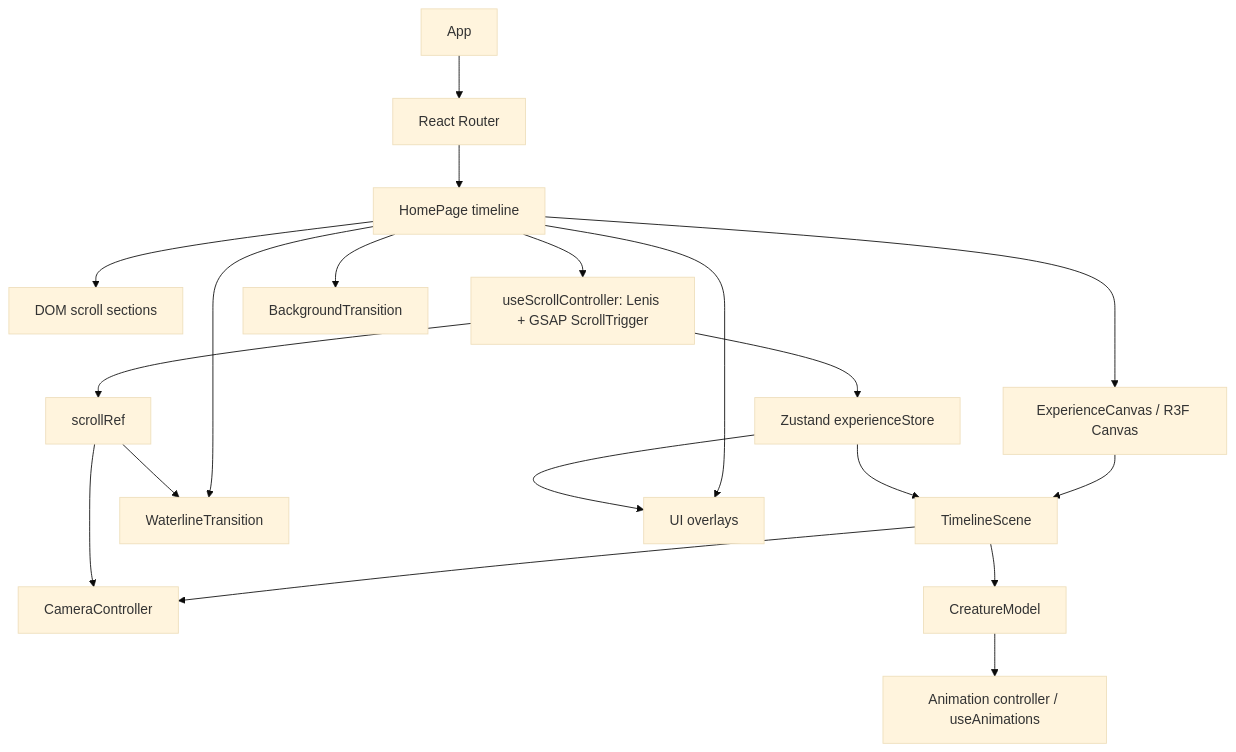
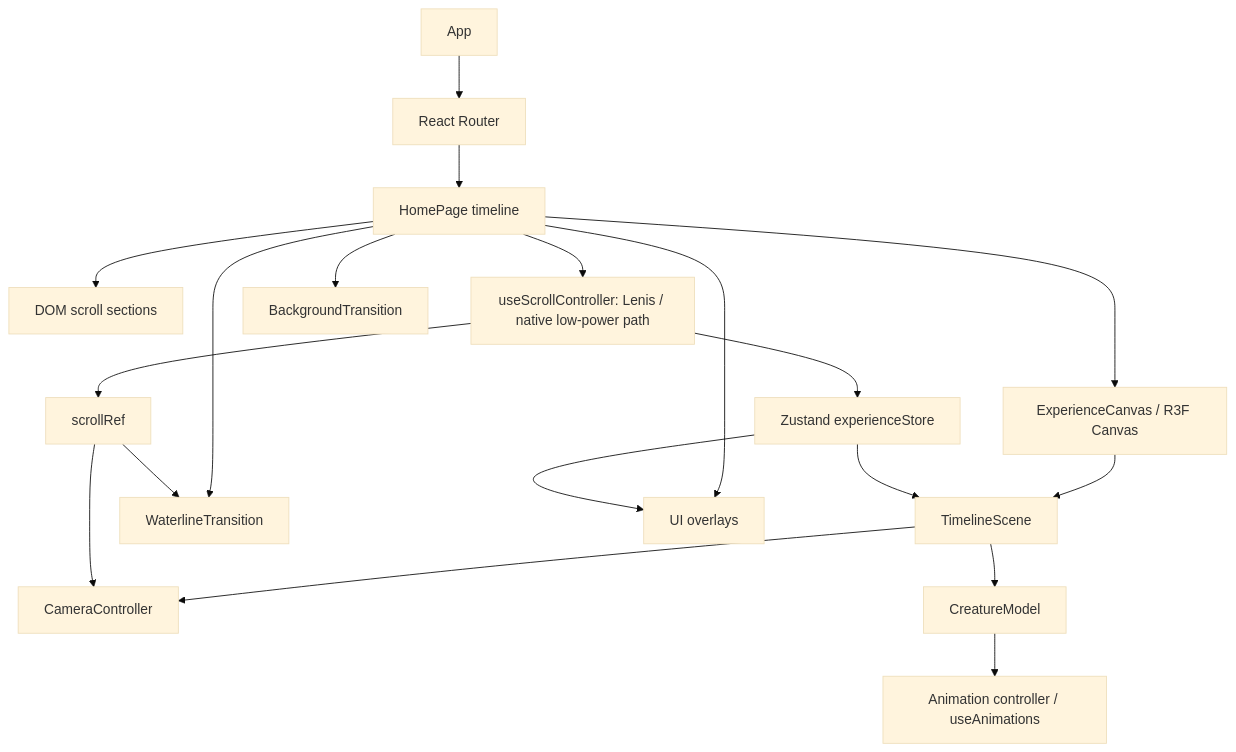
One commit to TobyAUT/mesozoica changed the diagram in docs/ARCHITECTURE.md. Above: the diagram before and after it, drawn with Mermaid (base theme). The commit also changed other lines of this file and 21 other files, not shown here.

Commit message:
Optimize performance and polish timeline UI

````diff
--- a/docs/ARCHITECTURE.md
+++ b/docs/ARCHITECTURE.md
@@ -5,36 +5,36 @@
 ```mermaid
 flowchart TD
   App["App"]
   Router["React Router"]
   TimelinePage["HomePage timeline"]
   DOMSections["DOM scroll sections"]
-  ScrollController["useScrollController: Lenis + GSAP ScrollTrigger"]
+  ScrollController["useScrollController: Lenis / native low-power path"]
   Store["Zustand experienceStore"]
   ScrollRef["scrollRef"]
   Canvas["ExperienceCanvas / R3F Canvas"]
   Scene["TimelineScene"]
   Camera["CameraController"]
   Creature["CreatureModel"]
   Animation["Animation controller / useAnimations"]
   Background["BackgroundTransition"]
   Water["WaterlineTransition"]
   UI["UI overlays"]
 
   App --> Router --> TimelinePage
   TimelinePage --> DOMSections
   TimelinePage --> ScrollController
   TimelinePage --> Background
   TimelinePage --> Canvas
   TimelinePage --> Water
   TimelinePage --> UI
   ScrollController --> ScrollRef
   ScrollController --> Store
   Canvas --> Scene
   Scene --> Camera
   Scene --> Creature
   Creature --> Animation
   Store --> UI
   Store --> Scene
   ScrollRef --> Camera
   ScrollRef --> Water
 ```
````
